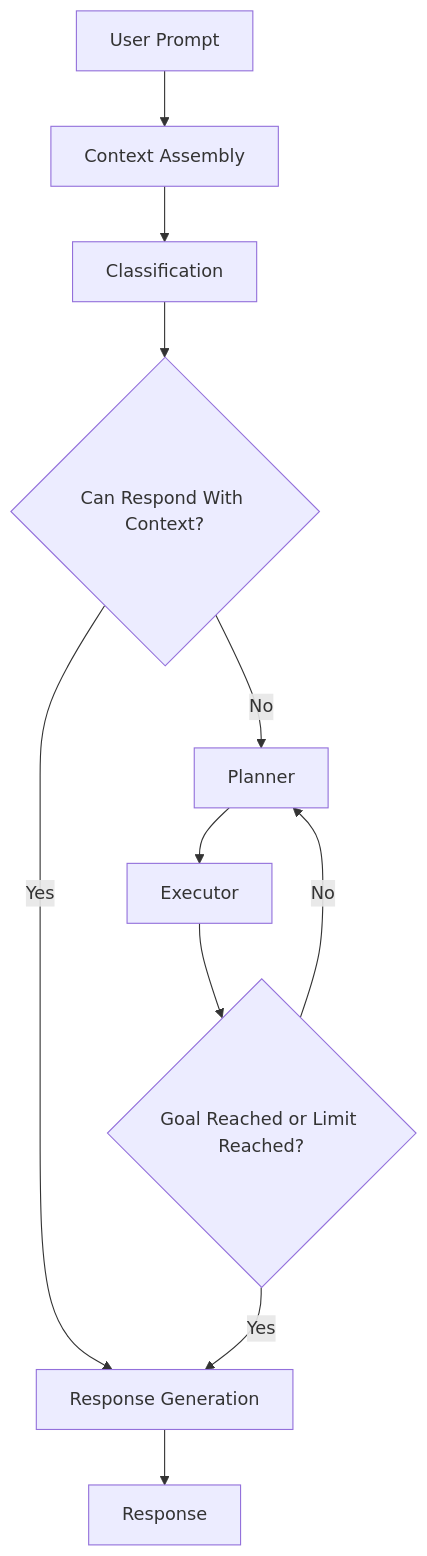
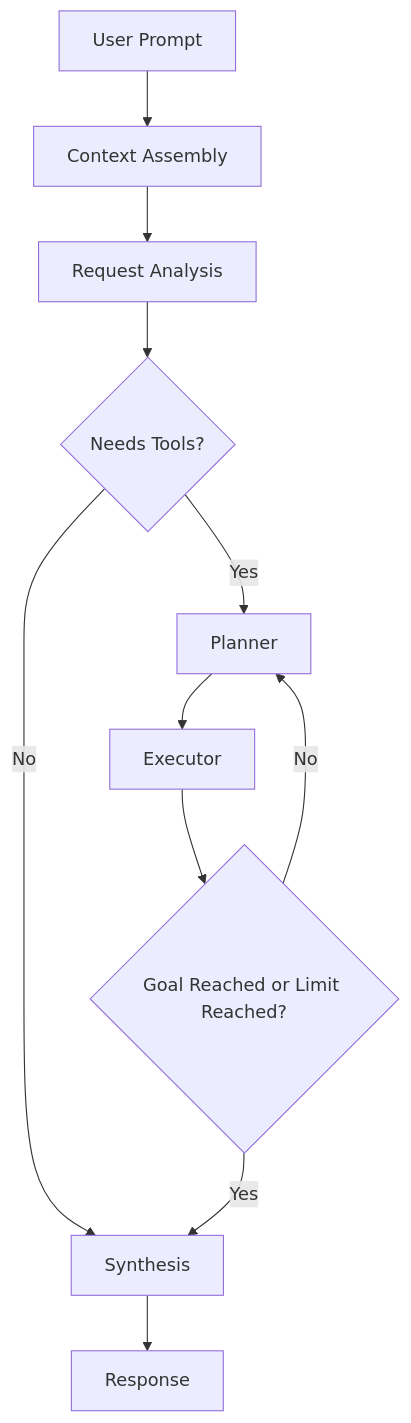
The first of 3 diagrams in README.md (mikeshutov/llm_poc), drawn with Mermaid before and after one commit. The commit also changed other lines of this file and 7 other files, not shown here.

````diff
--- a/README.md
+++ b/README.md
@@ -25,13 +25,13 @@
 ```mermaid
 flowchart TD
     A[User Prompt] --> B[Context Assembly]
-    B --> C[Classification]
-    C --> D{Can Respond With Context?}
-    D -->|Yes| F[Response Generation]
-    D -->|No| E[Planner]
+    B --> C[Request Analysis]
+    C --> D{Needs Tools?}
+    D -->|No| F[Synthesis]
+    D -->|Yes| E[Planner]
     E --> H[Executor]
     H --> G{Goal Reached or Limit Reached?}
     G -->|No| E
     G -->|Yes| F
     F --> I[Response]
 ```
````
